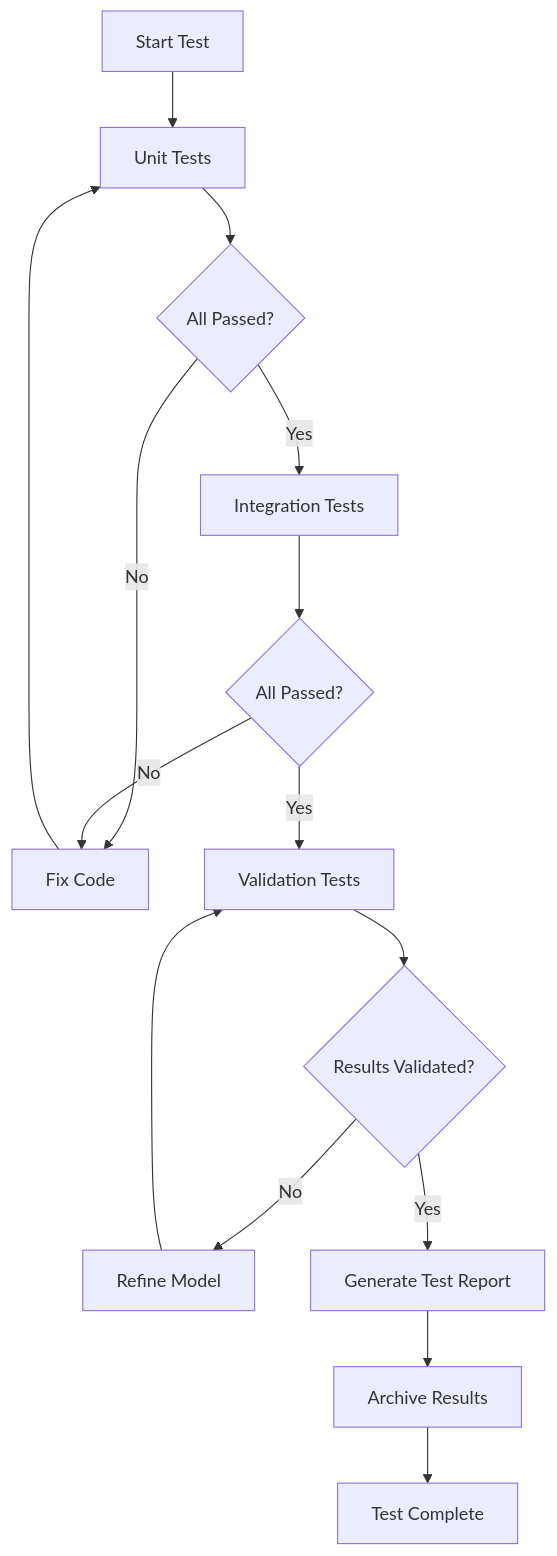
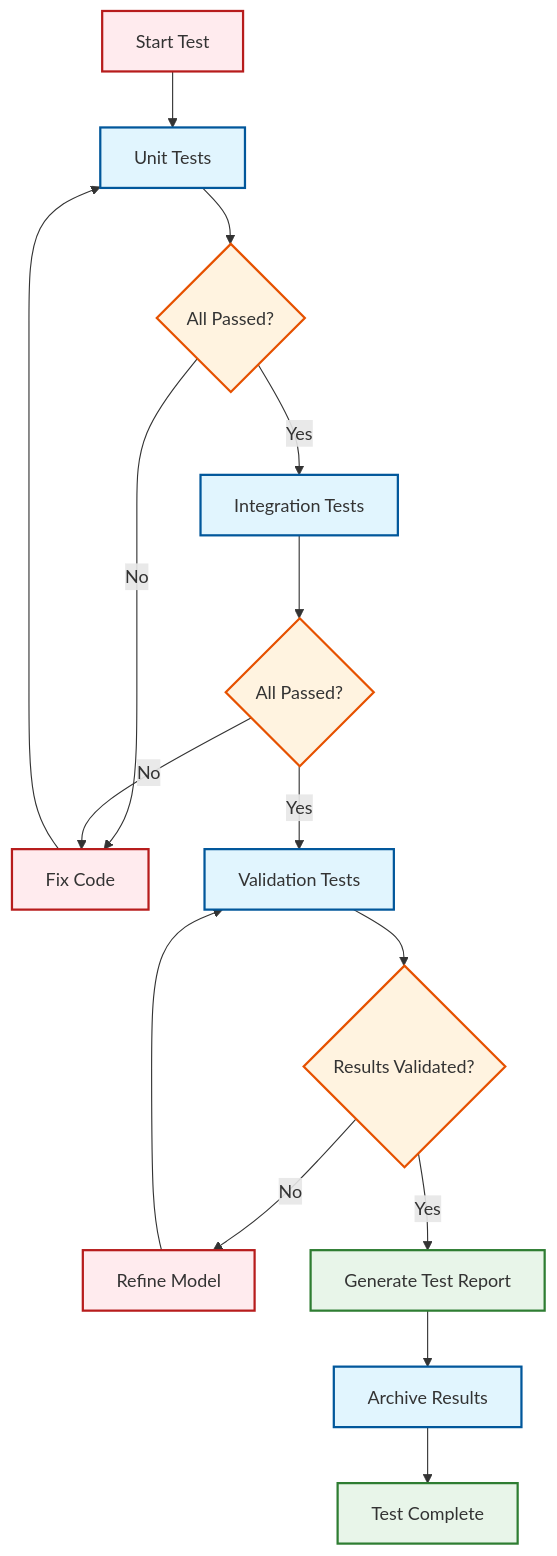
Before and after one commit to wramet/build-my-cfd: the second of 2 diagrams in MODULE_08_TESTING_VALIDATION/CONTENT/03_VALIDATION_BENCHMARKS/03_Best_Practices.md, drawn with Mermaid. The commit also changed other lines of this file and 313 other files, not shown here.

Commit message:
Revise all diagram

````diff
--- a/MODULE_08_TESTING_VALIDATION/CONTENT/03_VALIDATION_BENCHMARKS/03_Best_Practices.md
+++ b/MODULE_08_TESTING_VALIDATION/CONTENT/03_VALIDATION_BENCHMARKS/03_Best_Practices.md
@@ -1032,17 +1032,21 @@
 ```mermaid
 flowchart TD
-    A[Start Test] --> B[Unit Tests]
-    B --> C{All Passed?}
-    C -- No --> D[Fix Code]
-    D --> B
-    C -- Yes --> E[Integration Tests]
-    E --> F{All Passed?}
-    F -- No --> D
-    F -- Yes --> G[Validation Tests]
-    G --> H{Results Validated?}
-    H -- No --> I[Refine Model]
-    I --> G
-    H -- Yes --> J[Generate Test Report]
-    J --> K[Archive Results]
-    K --> L[Test Complete]
+classDef implicit fill:#e1f5fe,stroke:#01579b,stroke-width:2px
+classDef explicit fill:#ffebee,stroke:#b71c1c,stroke-width:2px
+classDef success fill:#e8f5e9,stroke:#2e7d32,stroke-width:2px
+classDef warning fill:#fff3e0,stroke:#e65100,stroke-width:2px
+A[Start Test]:::explicit --> B[Unit Tests]:::implicit
+B --> C{All Passed?}:::warning
+C -- No --> D[Fix Code]:::explicit
+D --> B
+C -- Yes --> E[Integration Tests]:::implicit
+E --> F{All Passed?}:::warning
+F -- No --> D
+F -- Yes --> G[Validation Tests]:::implicit
+G --> H{Results Validated?}:::warning
+H -- No --> I[Refine Model]:::explicit
+I --> G
+H -- Yes --> J[Generate Test Report]:::success
+J --> K[Archive Results]:::implicit
+K --> L[Test Complete]:::success
 ```
````
